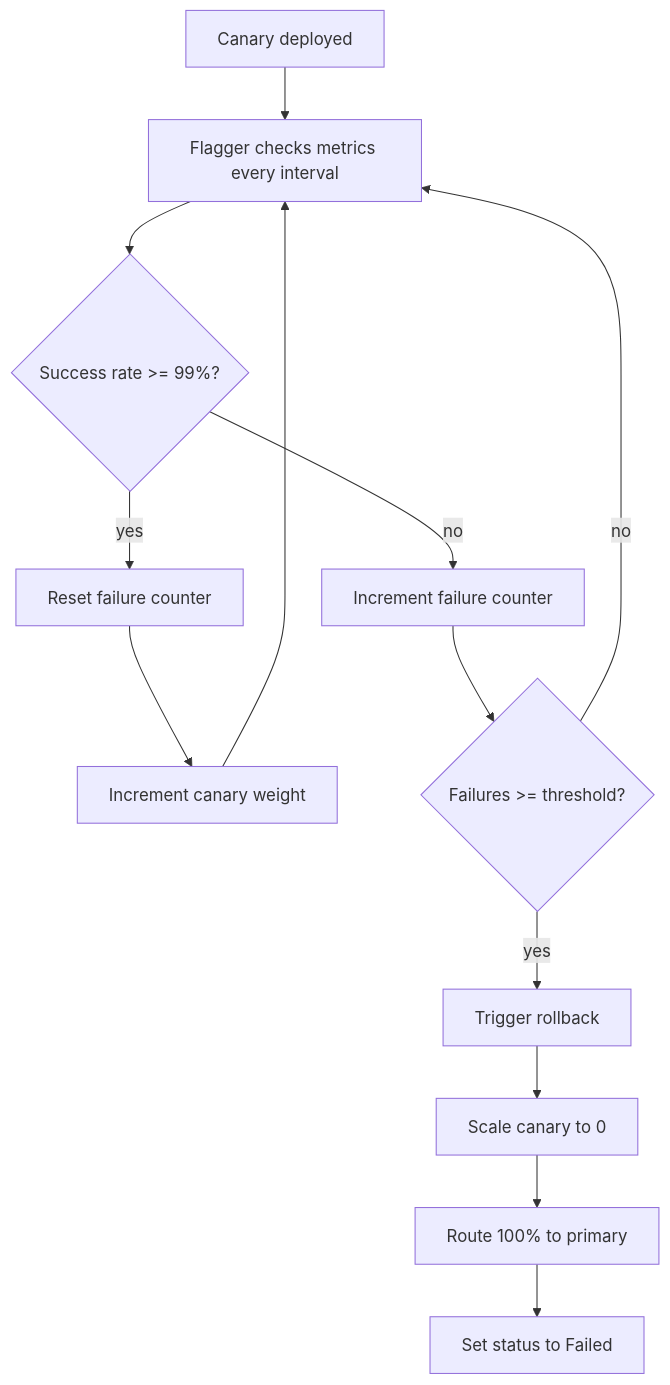
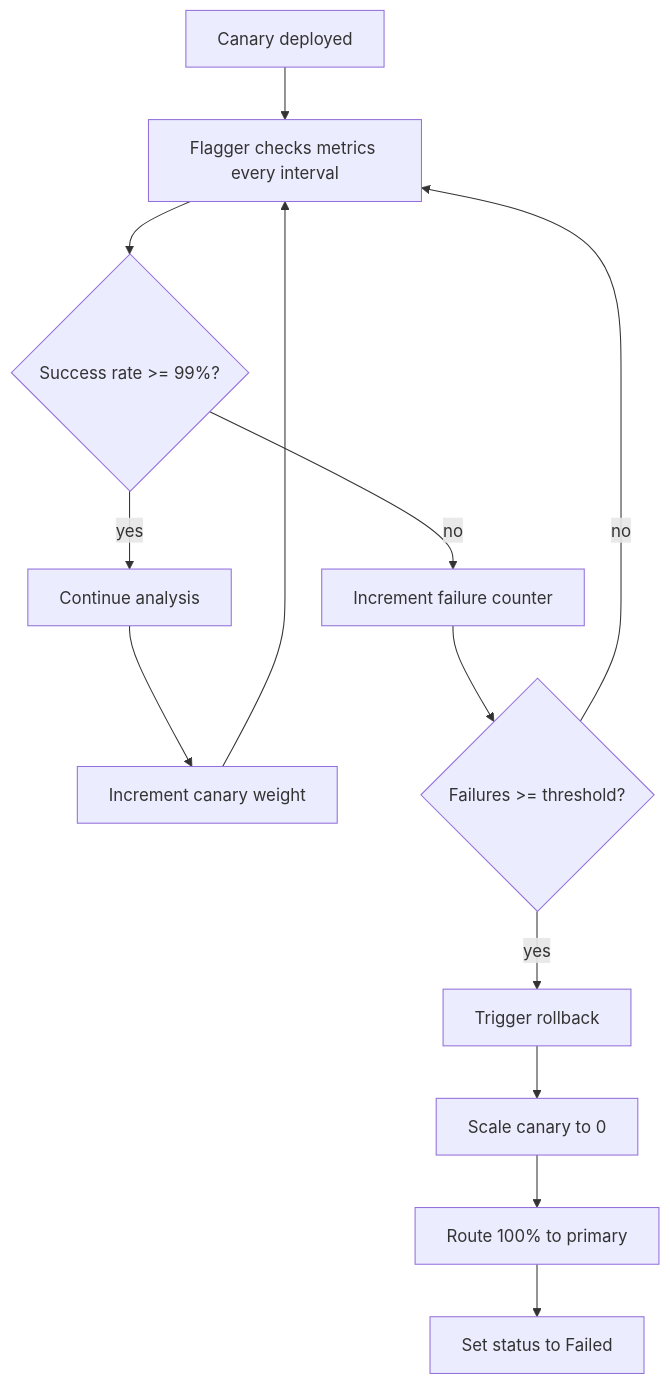
Before and after one commit to OneUptime/blog: the diagram in posts/2026-03-13-how-to-implement-automated-rollback-based-on-error-rate-with-flagger/README.md, drawn with Mermaid. The commit also changed other lines of this file and 2 other files, not shown here.

````diff
--- a/posts/2026-03-13-how-to-implement-automated-rollback-based-on-error-rate-with-flagger/README.md
+++ b/posts/2026-03-13-how-to-implement-automated-rollback-based-on-error-rate-with-flagger/README.md
@@ -194,15 +194,15 @@
 ```mermaid
 graph TD
     A[Canary deployed] --> B[Flagger checks metrics every interval]
     B --> C{Success rate >= 99%?}
-    C -->|yes| D[Reset failure counter]
+    C -->|yes| D[Continue analysis]
     D --> E[Increment canary weight]
     E --> B
     C -->|no| F[Increment failure counter]
     F --> G{Failures >= threshold?}
     G -->|no| B
     G -->|yes| H[Trigger rollback]
     H --> I[Scale canary to 0]
     I --> J[Route 100% to primary]
     J --> K[Set status to Failed]
 ```
````
